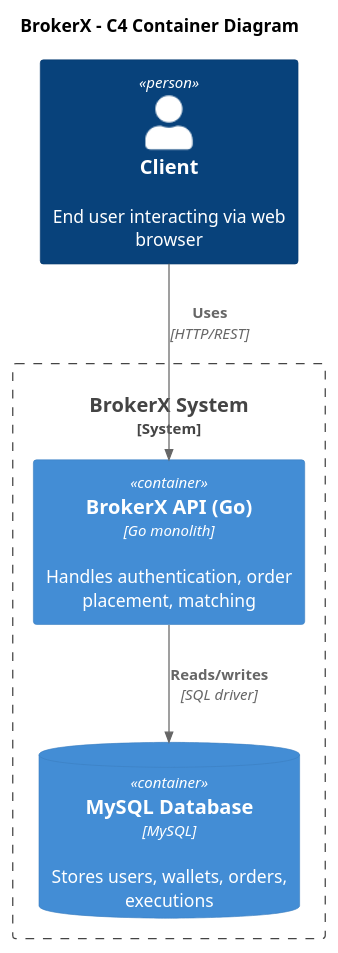
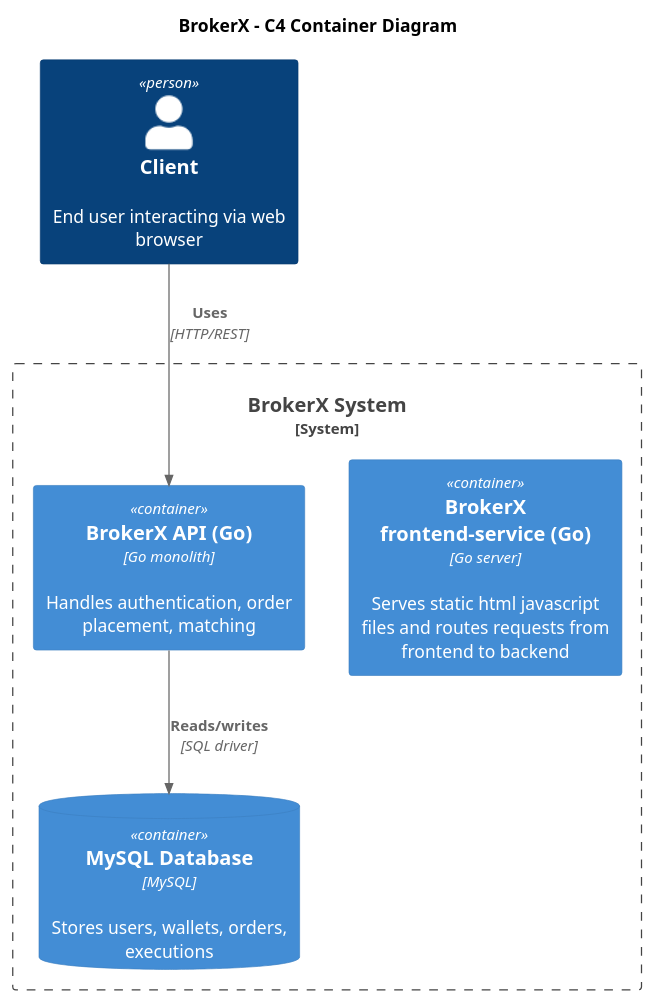
Before and after one commit to cjayneb/log430-project: the diagram in docs/c4_level1.puml, drawn with PlantUML. The commit also changed 53 other files, not shown here.

Commit message:
update docs with performance tests and some of phase 2 diagrams

```diff
--- a/docs/c4_level1.puml
+++ b/docs/c4_level1.puml
@@ -1,17 +1,23 @@
 @startuml C4 Level 1
 !include https://raw.githubusercontent.com/plantuml-stdlib/C4-PlantUML/master/C4_Container.puml
 
 title BrokerX - C4 Container Diagram
 
 Person(client, "Client", "End user interacting via web browser")
 
 System_Boundary(bx, "BrokerX System") {
+  Container(fontend, "BrokerX frontend-service (Go)", "Go server", "Serves static html javascript files and routes requests from frontend to backend")
+  Container(api, "BrokerX API (Go)", "Go monolith", "Handles authentication, order placement, matching")
+  Container(api, "BrokerX API (Go)", "Go monolith", "Handles authentication, order placement, matching")
+  Container(api, "BrokerX API (Go)", "Go monolith", "Handles authentication, order placement, matching")
+  Container(api, "BrokerX API (Go)", "Go monolith", "Handles authentication, order placement, matching")
+  Container(api, "BrokerX API (Go)", "Go monolith", "Handles authentication, order placement, matching")
   Container(api, "BrokerX API (Go)", "Go monolith", "Handles authentication, order placement, matching")
   ContainerDb(db, "MySQL Database", "MySQL", "Stores users, wallets, orders, executions")
 }
 
 Rel(client, api, "Uses", "HTTP/REST")
 Rel(api, db, "Reads/writes", "SQL driver")
 
 
 @enduml
```
